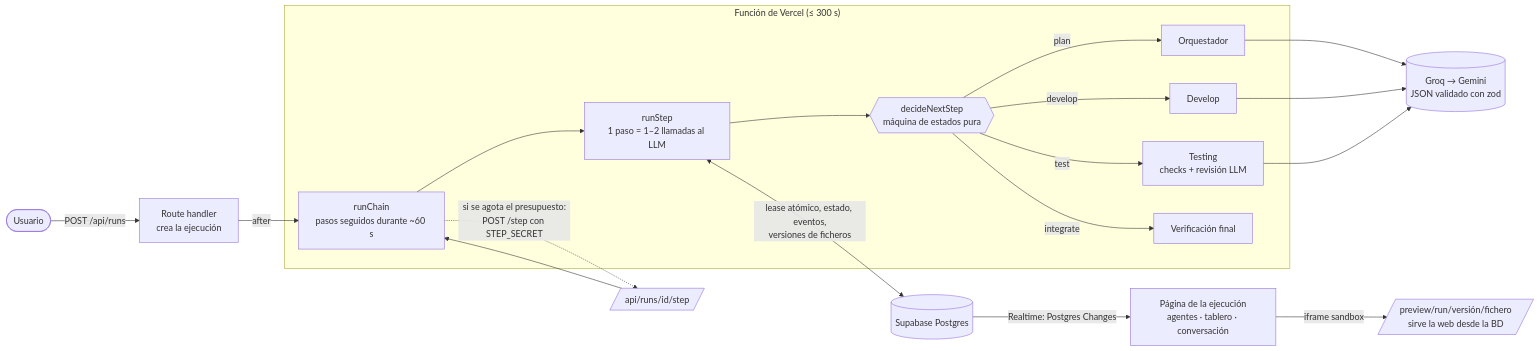
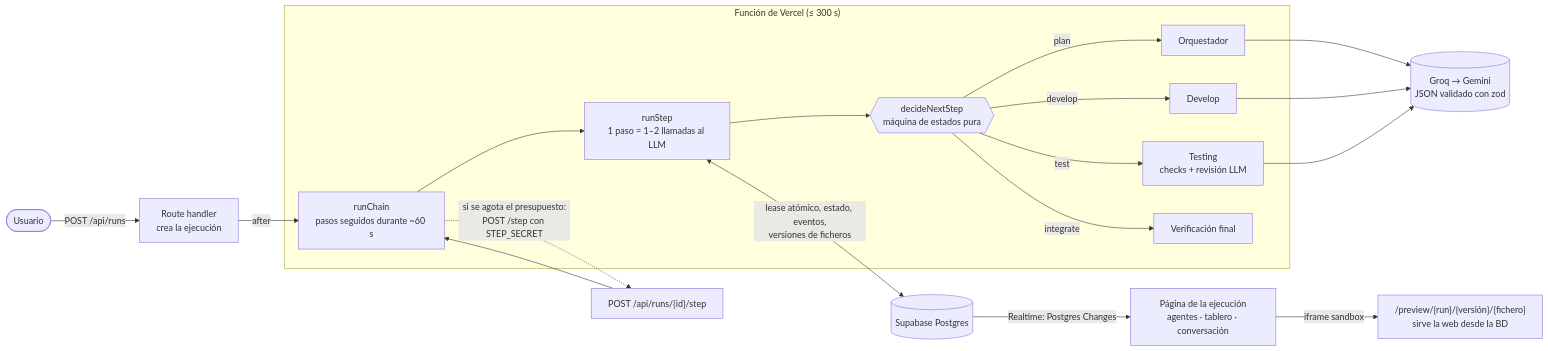
One commit to AdayCuestaCorrea/equipo-agentes-ia changed the diagram in README.md. Above: the diagram before and after it, drawn with Mermaid.

Commit message:
docs: quote Mermaid labels that start with a slash
Claude-Session: https://claude.ai/code/session_01V6qU355ydyACjwT5bhviRr

````diff
--- a/README.md
+++ b/README.md
@@ -20,22 +20,22 @@
 ```mermaid
 flowchart LR
   U([Usuario]) -->|POST /api/runs| API[Route handler<br/>crea la ejecución]
   API -->|after| CH
 
   subgraph Vercel["Función de Vercel (≤ 300 s)"]
     CH[runChain<br/>pasos seguidos durante ~60 s] --> RS[runStep<br/>1 paso = 1–2 llamadas al LLM]
     RS --> SM{{decideNextStep<br/>máquina de estados pura}}
     SM -->|plan| O[Orquestador]
     SM -->|develop| D[Develop]
     SM -->|test| T[Testing<br/>checks + revisión LLM]
     SM -->|integrate| I[Verificación final]
   end
 
   O & D & T --> LLM[(Groq → Gemini<br/>JSON validado con zod)]
   RS <-->|lease atómico, estado, eventos,<br/>versiones de ficheros| DB[(Supabase Postgres)]
-  CH -.->|si se agota el presupuesto:<br/>POST /step con STEP_SECRET| API2[/api/runs/id/step/]
+  CH -.->|si se agota el presupuesto:<br/>POST /step con STEP_SECRET| API2["POST /api/runs/{id}/step"]
   API2 --> CH
 
   DB -->|Realtime: Postgres Changes| UI[Página de la ejecución<br/>agentes · tablero · conversación]
-  UI -->|iframe sandbox| PV[/preview/run/versión/fichero<br/>sirve la web desde la BD/]
+  UI -->|iframe sandbox| PV["/preview/{run}/{versión}/{fichero}<br/>sirve la web desde la BD"]
 ```
````
